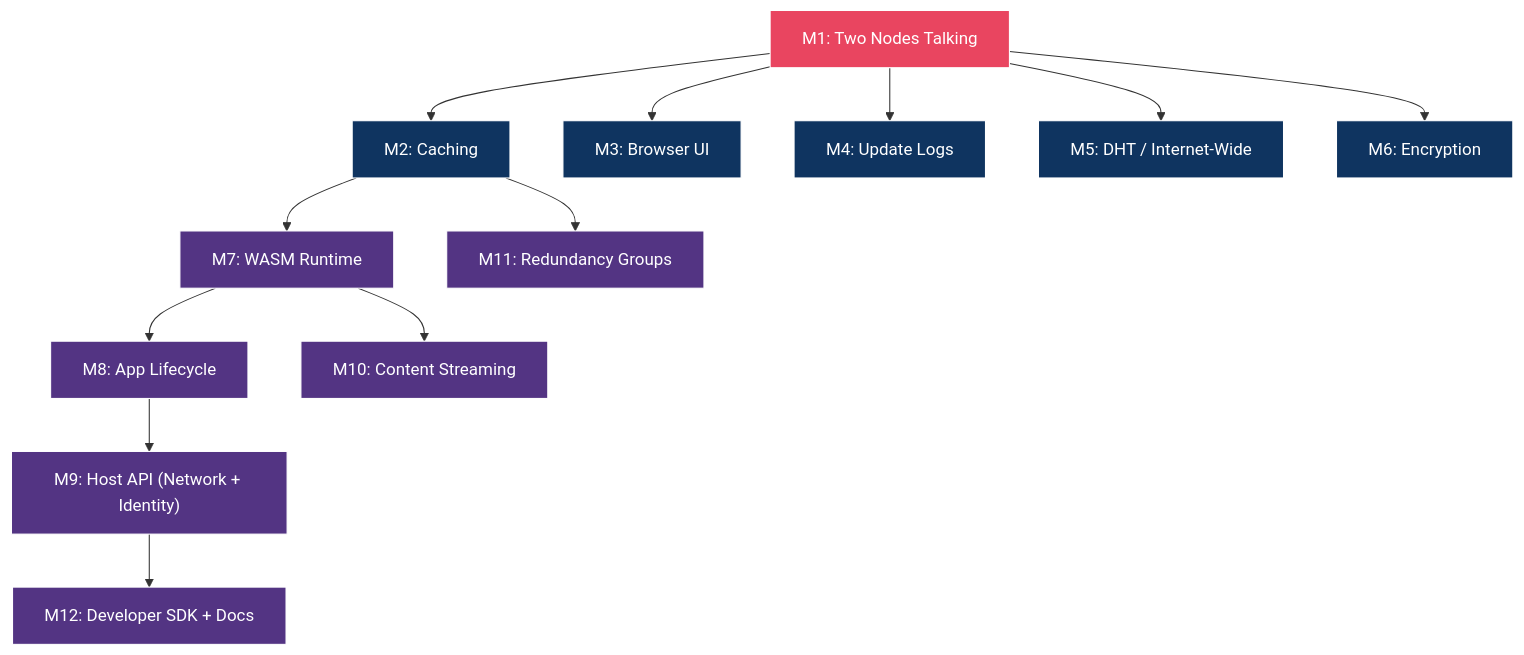
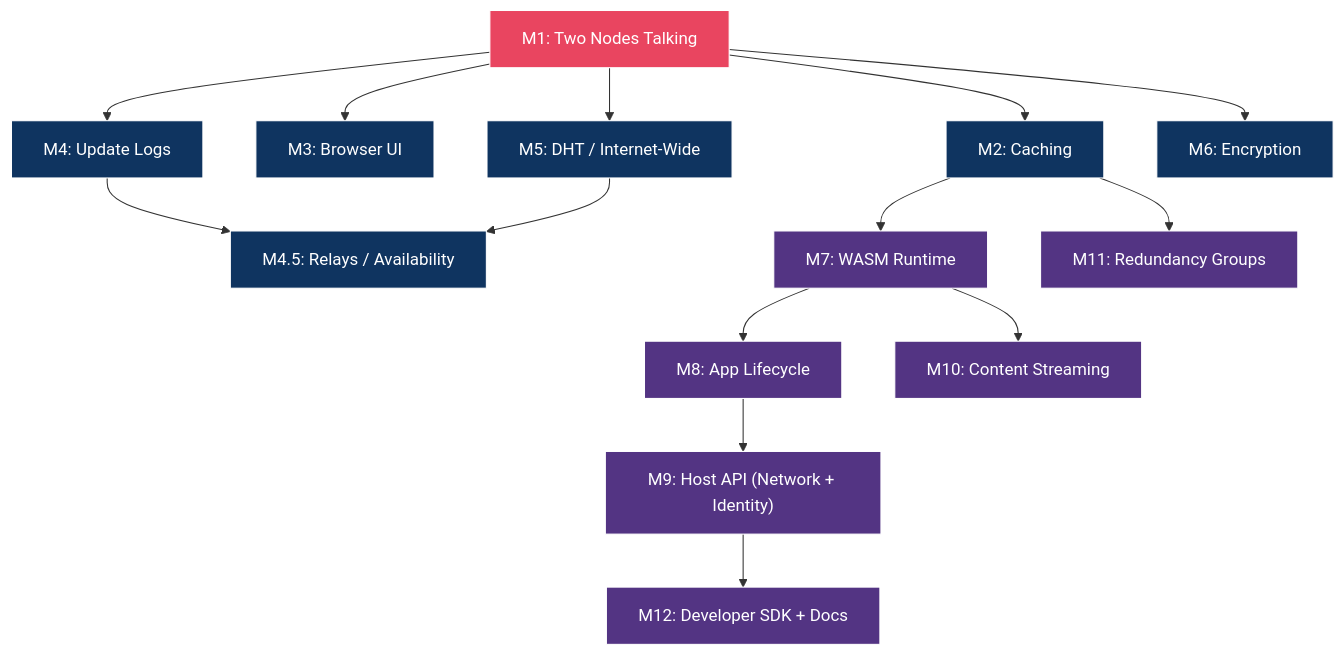
Before and after one commit to alexanderwanyoike/jolt: the diagram in docs/09-milestones.md, drawn with Mermaid. The commit also changed other lines of this file and 9 other files, not shown here.

````diff
--- a/docs/09-milestones.md
+++ b/docs/09-milestones.md
@@ -196,33 +218,37 @@
 ```mermaid
 graph TD
     M1["M1: Two Nodes Talking"]
 
     M1 --> M2["M2: Caching"]
     M1 --> M3["M3: Browser UI"]
     M1 --> M4["M4: Update Logs"]
     M1 --> M5["M5: DHT / Internet-Wide"]
     M1 --> M6["M6: Encryption"]
+
+    M4 --> M45["M4.5: Relays / Availability"]
+    M5 --> M45
 
     M2 --> M7["M7: WASM Runtime"]
     M2 --> M11["M11: Redundancy Groups"]
 
     M7 --> M8["M8: App Lifecycle"]
     M7 --> M10["M10: Content Streaming"]
 
     M8 --> M9["M9: Host API (Network + Identity)"]
 
     M9 --> M12["M12: Developer SDK + Docs"]
 
     style M1 fill:#e94560,stroke:#fff,color:#fff
     style M2 fill:#0f3460,stroke:#fff,color:#fff
     style M3 fill:#0f3460,stroke:#fff,color:#fff
     style M4 fill:#0f3460,stroke:#fff,color:#fff
+    style M45 fill:#0f3460,stroke:#fff,color:#fff
     style M5 fill:#0f3460,stroke:#fff,color:#fff
     style M6 fill:#0f3460,stroke:#fff,color:#fff
     style M7 fill:#533483,stroke:#fff,color:#fff
     style M8 fill:#533483,stroke:#fff,color:#fff
     style M9 fill:#533483,stroke:#fff,color:#fff
     style M10 fill:#533483,stroke:#fff,color:#fff
     style M11 fill:#533483,stroke:#fff,color:#fff
     style M12 fill:#533483,stroke:#fff,color:#fff
 ```
````
